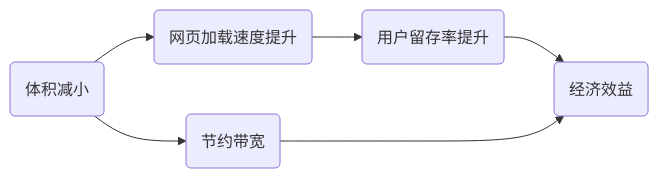
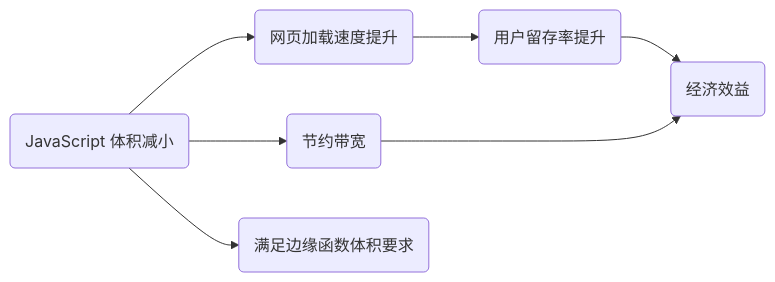
Before and after one commit to kermanx/jsshaker-ustc: the first of 7 diagrams in slides.md, drawn with Mermaid. The commit also changed other lines of this file and 1 other file, not shown here.

````diff
--- a/slides.md
+++ b/slides.md
@@ -36,6 +72,7 @@
 ```mermaid
 graph LR;
 
-A(体积减小) --> B(网页加载速度提升) --> C(用户留存率提升) --> D(经济效益)
+A(JavaScript 体积减小) --> B(网页加载速度提升) --> C(用户留存率提升) --> D(经济效益)
 A --> E(节约带宽) ---> D
+A --> F(满足边缘函数体积要求)
 ```
````
